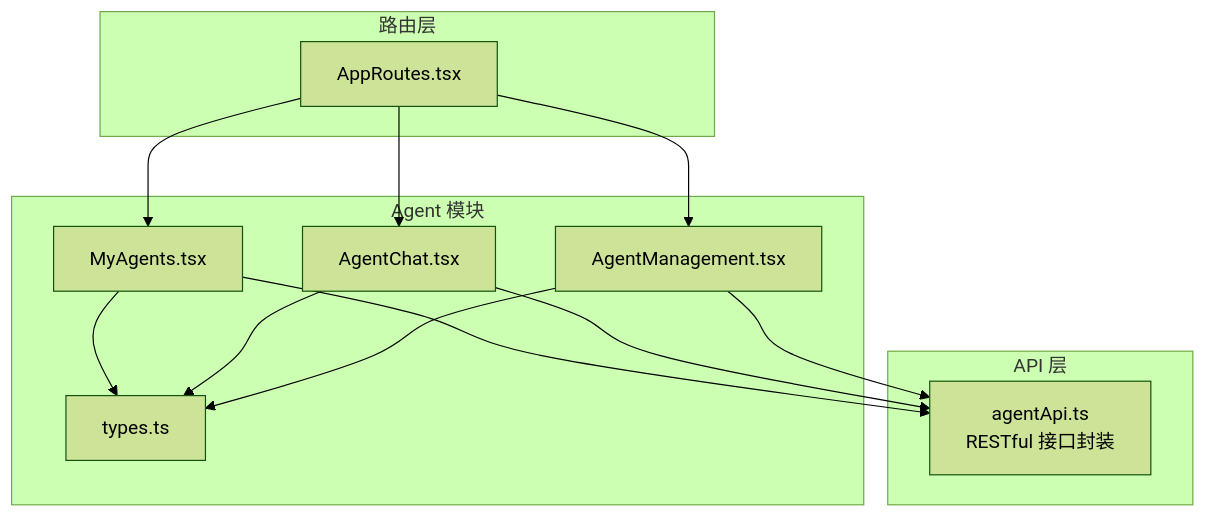
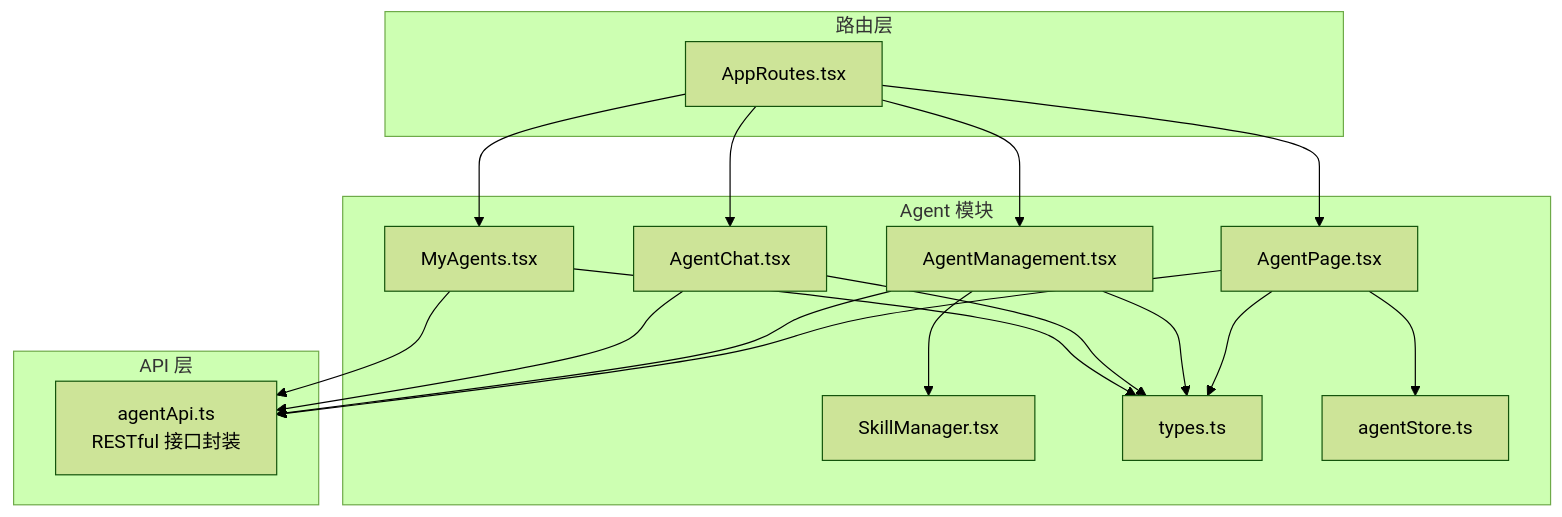
One commit to inier/ontology-graphiti changed the second of 9 diagrams in .qoder/repowiki/zh/content/前端架构/业务模块前端实现/Agent模块.md. Above: the diagram before and after it, drawn with Mermaid (forest theme). The commit also changed other lines of this file and 64 other files, not shown here.

````diff
--- a/.qoder/repowiki/zh/content/前端架构/业务模块前端实现/Agent模块.md
+++ b/.qoder/repowiki/zh/content/前端架构/业务模块前端实现/Agent模块.md
@@ -87,24 +106,32 @@
 ```mermaid
 graph TB
 subgraph "路由层"
 R["AppRoutes.tsx"]
 end
 subgraph "Agent 模块"
 M["MyAgents.tsx"]
 C["AgentChat.tsx"]
 A["AgentManagement.tsx"]
+P["AgentPage.tsx"]
+S["SkillManager.tsx"]
 T["types.ts"]
+Z["agentStore.ts"]
 end
 subgraph "API 层"
-S["agentApi.ts<br/>RESTful 接口封装"]
+SVC["agentApi.ts<br/>RESTful 接口封装"]
 end
 R --> M
 R --> C
 R --> A
-M --> S
-C --> S
+R --> P
+M --> SVC
+C --> SVC
+A --> SVC
+P --> Z
+P --> SVC
 A --> S
 M --> T
 C --> T
 A --> T
+P --> T
 ```
````
